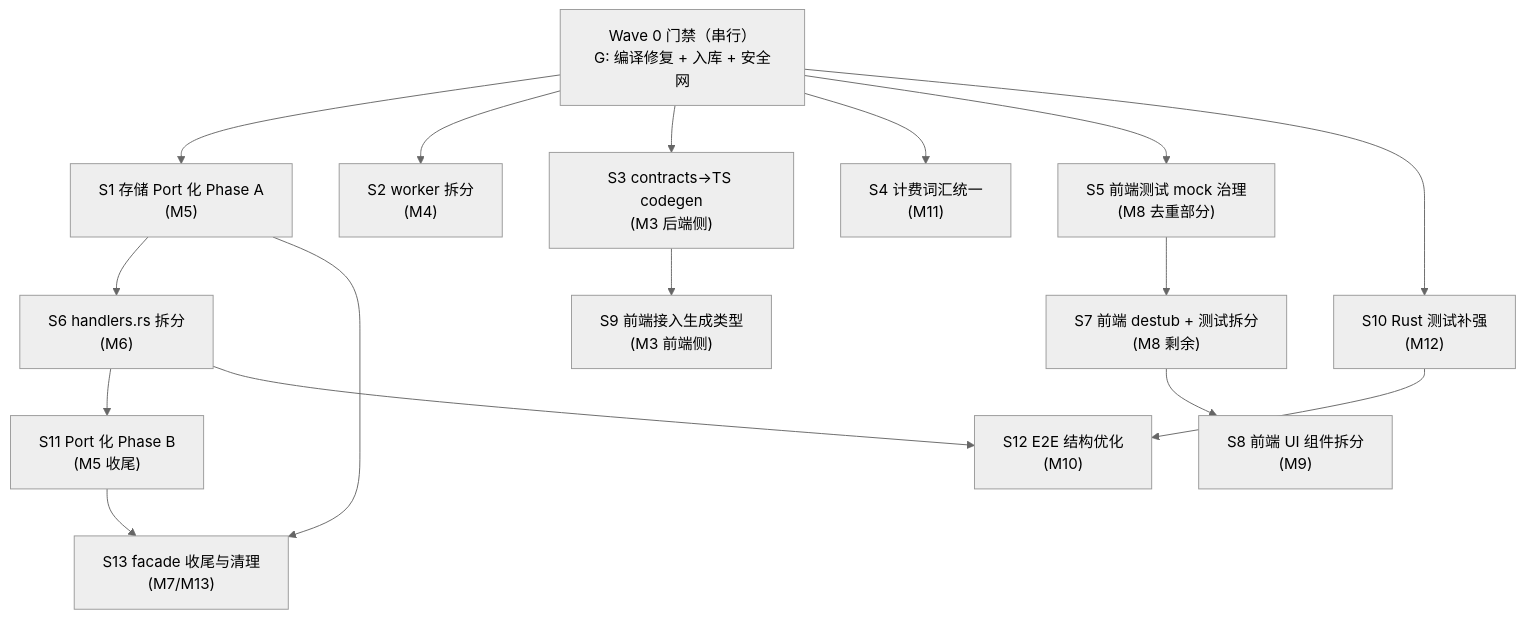
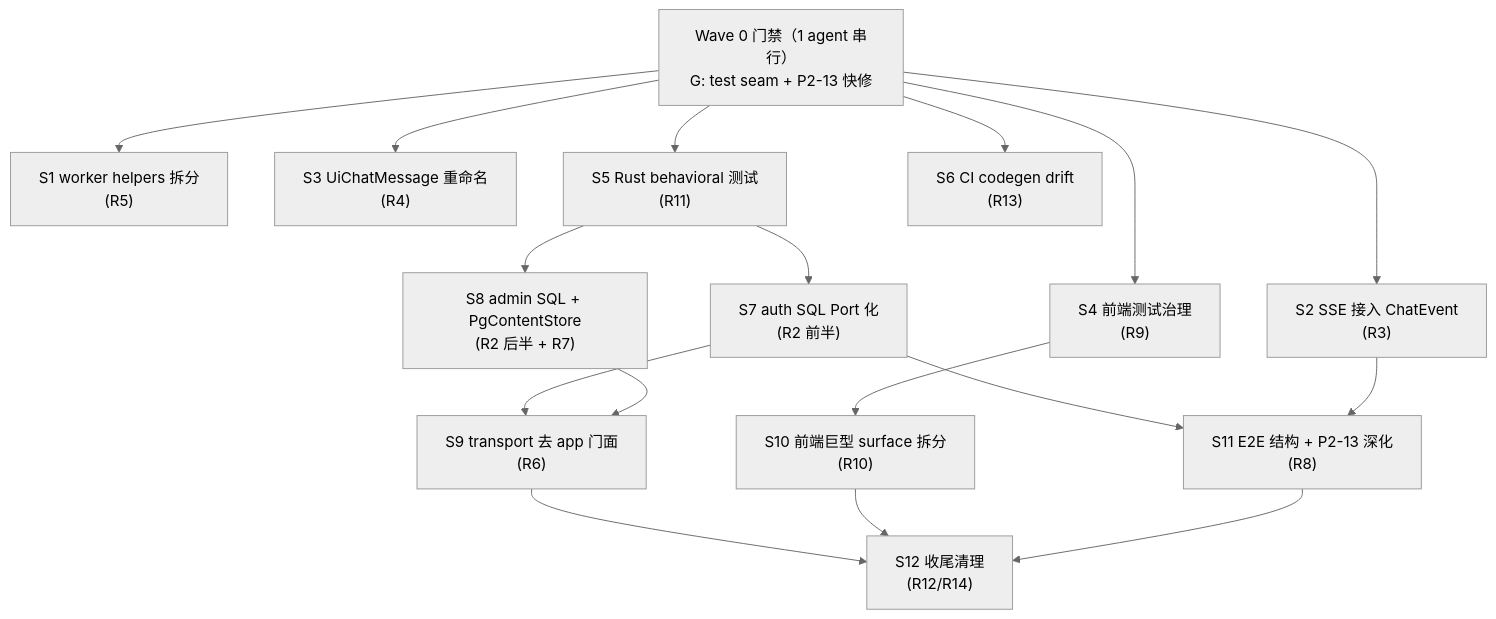
One commit to xingchuan0105/context-osv6 changed the diagram in avrag-rs/docs/brooks-merged-fix-plan-2026-06-12.md. Above: the diagram before and after it, drawn with Mermaid (neutral theme). The commit also changed other lines of this file and 8 other files, not shown here.

````diff
--- a/avrag-rs/docs/brooks-merged-fix-plan-2026-06-12.md
+++ b/avrag-rs/docs/brooks-merged-fix-plan-2026-06-12.md
@@ -46,19 +69,20 @@
 ```mermaid
 flowchart TD
-  W0["Wave 0 门禁（串行）<br/>G: 编译修复 + 入库 + 安全网"]
-  W0 --> S1["S1 存储 Port 化 Phase A<br/>(M5)"]
-  W0 --> S2["S2 worker 拆分<br/>(M4)"]
-  W0 --> S3["S3 contracts→TS codegen<br/>(M3 后端侧)"]
-  W0 --> S4["S4 计费词汇统一<br/>(M11)"]
-  W0 --> S5["S5 前端测试 mock 治理<br/>(M8 去重部分)"]
-  W0 --> S10["S10 Rust 测试补强<br/>(M12)"]
-  S1 --> S6["S6 handlers.rs 拆分<br/>(M6)"]
-  S3 --> S9["S9 前端接入生成类型<br/>(M3 前端侧)"]
-  S5 --> S7["S7 前端 destub + 测试拆分<br/>(M8 剩余)"]
-  S7 --> S8["S8 前端 UI 组件拆分<br/>(M9)"]
-  S6 --> S11["S11 Port 化 Phase B<br/>(M5 收尾)"]
-  S6 --> S12["S12 E2E 结构优化<br/>(M10)"]
+  W0["Wave 0 门禁（1 agent 串行）<br/>G: test seam + P2-13 快修"]
+  W0 --> S1["S1 worker helpers 拆分<br/>(R5)"]
+  W0 --> S2["S2 SSE 接入 ChatEvent<br/>(R3)"]
+  W0 --> S3["S3 UiChatMessage 重命名<br/>(R4)"]
+  W0 --> S4["S4 前端测试治理<br/>(R9)"]
+  W0 --> S5["S5 Rust behavioral 测试<br/>(R11)"]
+  W0 --> S6["S6 CI codegen drift<br/>(R13)"]
+  S5 --> S7["S7 auth SQL Port 化<br/>(R2 前半)"]
+  S5 --> S8["S8 admin SQL + PgContentStore<br/>(R2 后半 + R7)"]
+  S7 --> S9["S9 transport 去 app 门面<br/>(R6)"]
+  S8 --> S9
+  S4 --> S10["S10 前端巨型 surface 拆分<br/>(R10)"]
+  S7 --> S11["S11 E2E 结构 + P2-13 深化<br/>(R8)"]
+  S2 --> S11
+  S9 --> S12["S12 收尾清理<br/>(R12/R14)"]
   S10 --> S12
-  S1 --> S13["S13 facade 收尾与清理<br/>(M7/M13)"]
-  S11 --> S13
+  S11 --> S12
 ```
````
